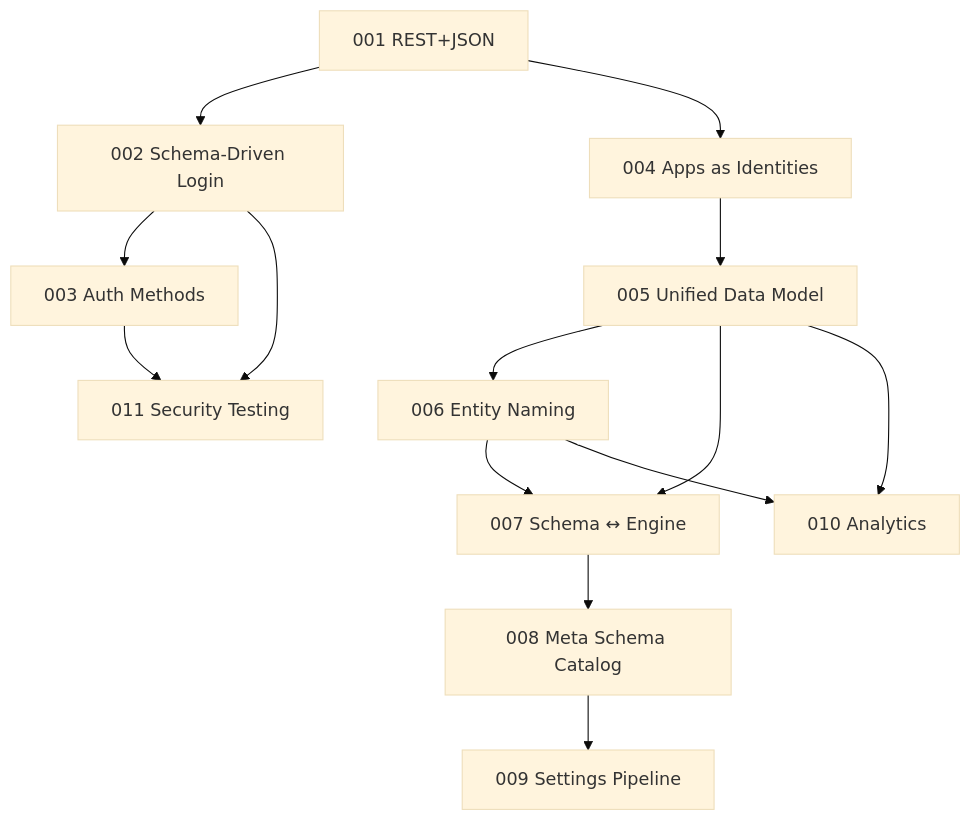
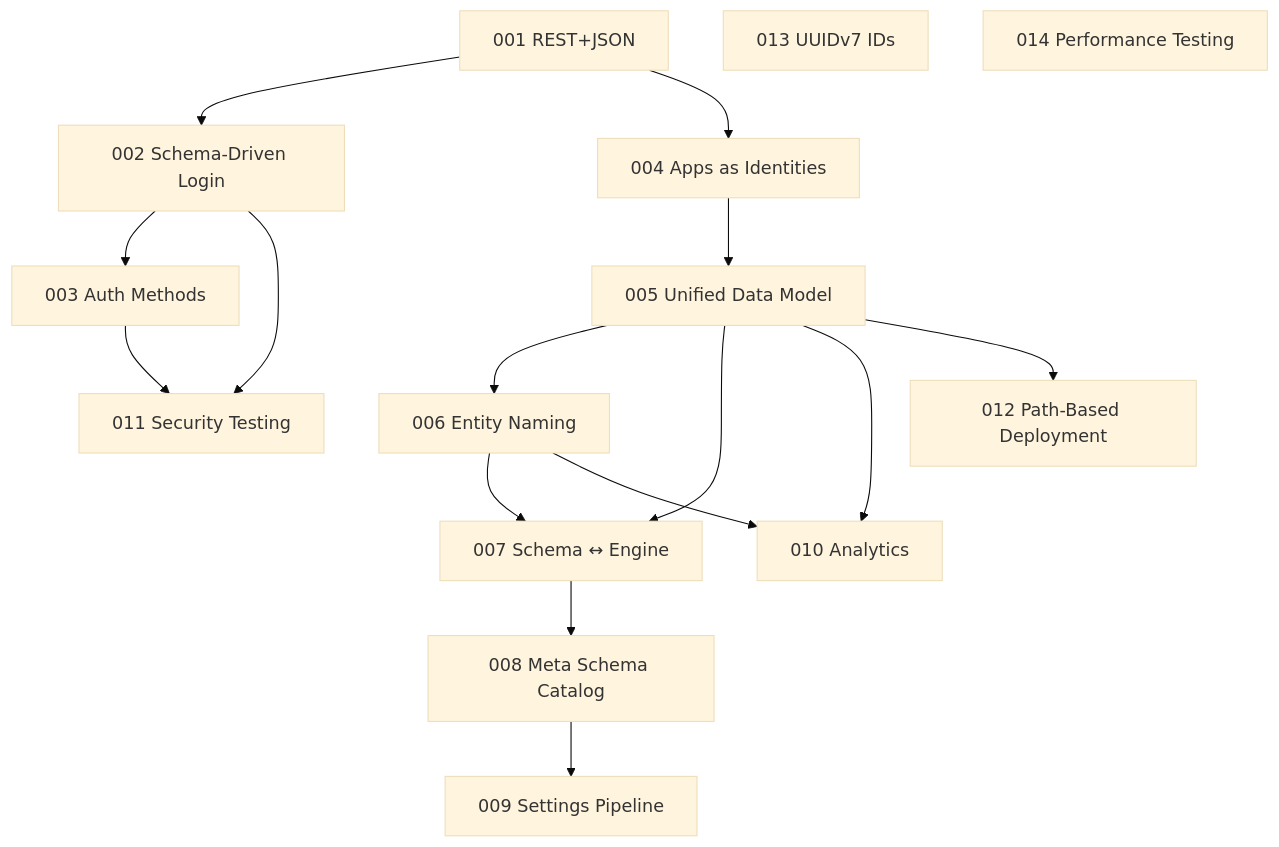
The diagram in docs/000-index.md (fforootd/hodor), drawn with Mermaid (base theme) before and after one commit. The commit also changed other lines of this file and 11 other files, not shown here.

````diff
--- a/docs/000-index.md
+++ b/docs/000-index.md
@@ -48,16 +51,19 @@
 ```mermaid
 graph TD
     A001[001 REST+JSON] --> A002[002 Schema-Driven Login]
     A002 --> A003[003 Auth Methods]
     A001 --> A004[004 Apps as Identities]
     A004 --> A005[005 Unified Data Model]
     A005 --> A006[006 Entity Naming]
     A005 --> A007[007 Schema ↔ Engine]
     A006 --> A007
     A007 --> A008[008 Meta Schema Catalog]
     A008 --> A009[009 Settings Pipeline]
     A005 --> A010[010 Analytics]
     A006 --> A010
     A002 --> A011[011 Security Testing]
     A003 --> A011
+    A005 --> A012[012 Path-Based Deployment]
+    A013[013 UUIDv7 IDs]
+    A014[014 Performance Testing]
 ```
````
